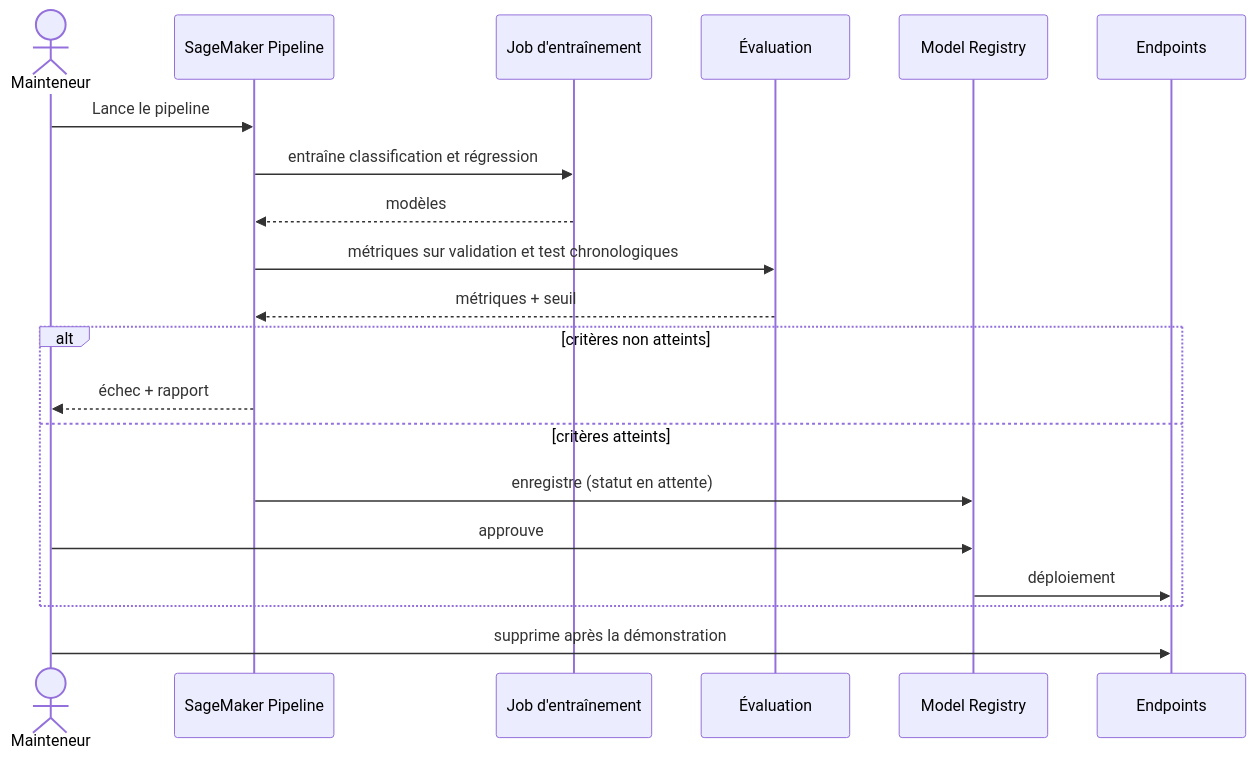
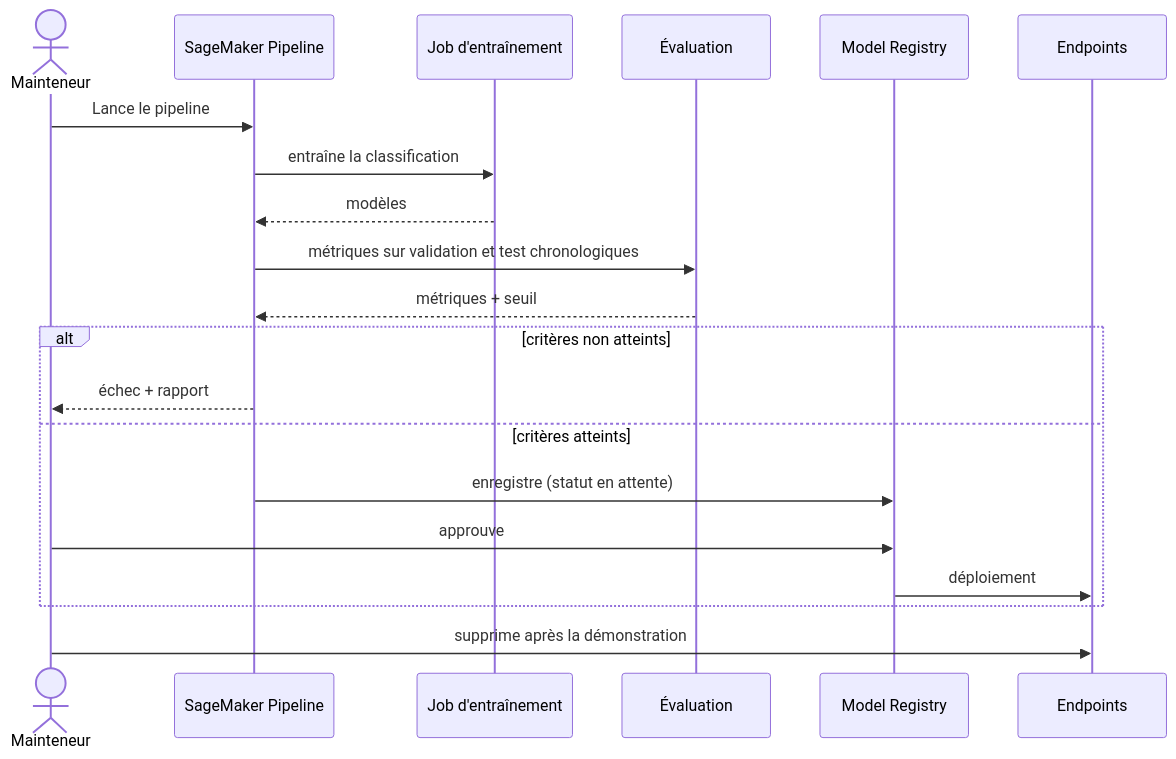
Before and after one commit to khaoula-mechria/whereismyplane: the fourth of 4 diagrams in docs/02-architecture/diagrams/sequences.md, drawn with Mermaid. The commit also changed other lines of this file and 31 other files, not shown here.

````diff
--- a/docs/02-architecture/diagrams/sequences.md
+++ b/docs/02-architecture/diagrams/sequences.md
@@ -90,23 +84,23 @@
 ```mermaid
 sequenceDiagram
     actor M as Mainteneur
     participant PL as SageMaker Pipeline
     participant TR as Job d'entraînement
     participant EV as Évaluation
     participant RG as Model Registry
     participant EP as Endpoints
 
     M->>PL: Lance le pipeline
-    PL->>TR: entraîne classification et régression
+    PL->>TR: entraîne la classification
     TR-->>PL: modèles
     PL->>EV: métriques sur validation et test chronologiques
     EV-->>PL: métriques + seuil
     alt critères non atteints
         PL-->>M: échec + rapport
     else critères atteints
         PL->>RG: enregistre (statut en attente)
         M->>RG: approuve
         RG->>EP: déploiement
     end
     M->>EP: supprime après la démonstration
 ```
````
